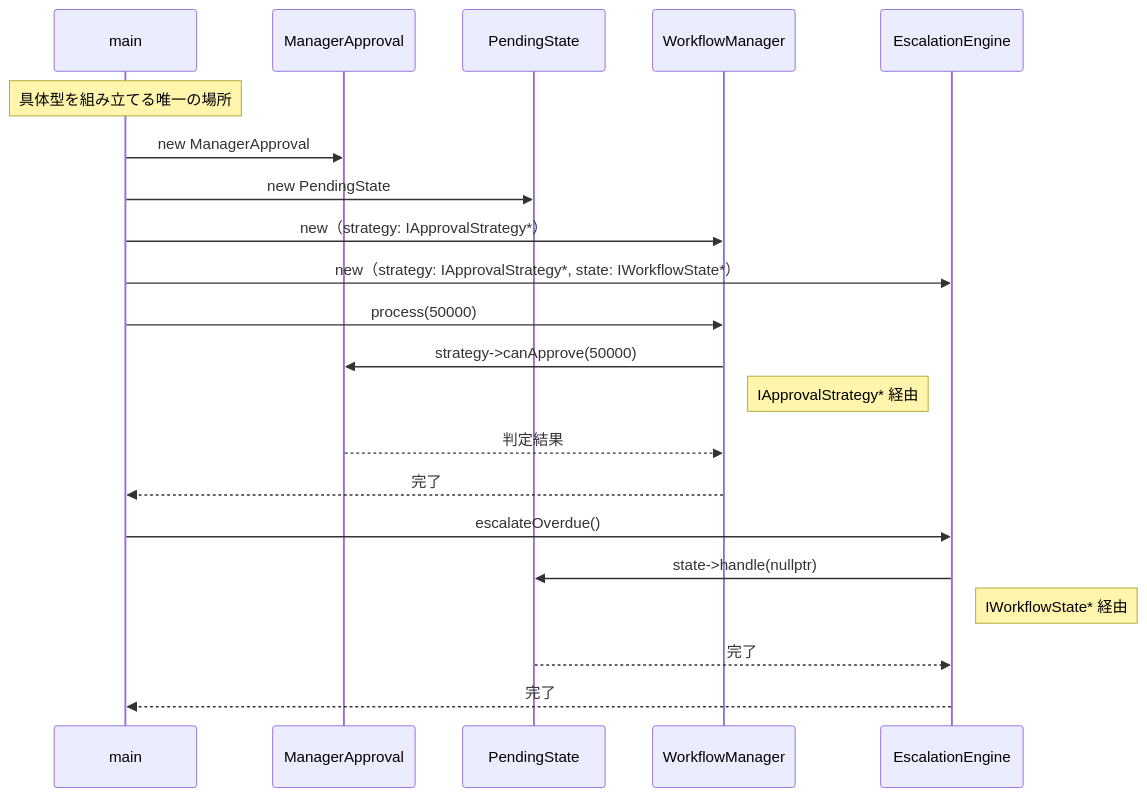
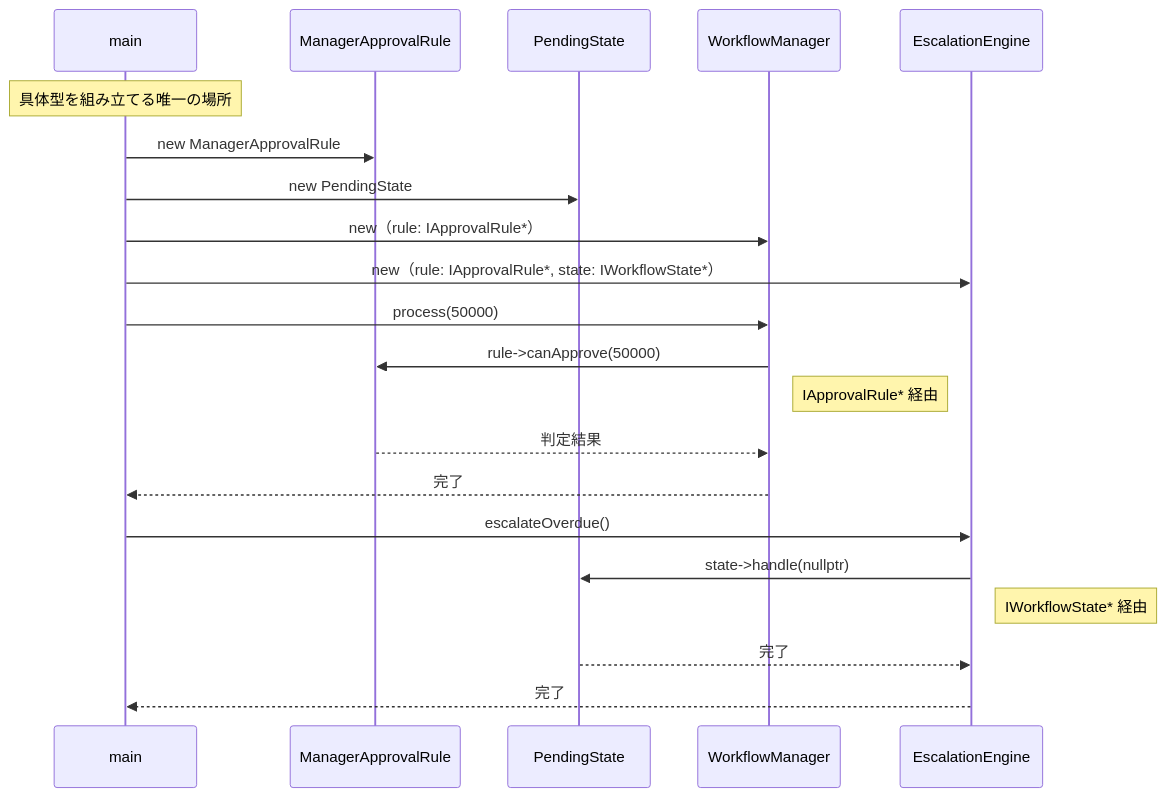
The ninth of 14 diagrams in kindle/design-patterns/output/chapter12.md (kumachan1101-pixel/DesignPattern), drawn with Mermaid before and after one commit. The commit also changed other lines of this file and 2 other files, not shown here.

````diff
--- a/kindle/design-patterns/output/chapter12.md
+++ b/kindle/design-patterns/output/chapter12.md
@@ -691,23 +854,23 @@
 ```mermaid
 sequenceDiagram
     participant main
-    participant MA as ManagerApproval
+    participant MAR as ManagerApprovalRule
     participant PS as PendingState
     participant WM as WorkflowManager
     participant EE as EscalationEngine
     Note over main: 具体型を組み立てる唯一の場所
-    main->>MA: new ManagerApproval
+    main->>MAR: new ManagerApprovalRule
     main->>PS: new PendingState
-    main->>WM: new（strategy: IApprovalStrategy*）
-    main->>EE: new（strategy: IApprovalStrategy*, state: IWorkflowState*）
+    main->>WM: new（rule: IApprovalRule*）
+    main->>EE: new（rule: IApprovalRule*, state: IWorkflowState*）
     main->>WM: process(50000)
-    WM->>MA: strategy->canApprove(50000)
-    Note right of WM: IApprovalStrategy* 経由
-    MA-->>WM: 判定結果
+    WM->>MAR: rule->canApprove(50000)
+    Note right of WM: IApprovalRule* 経由
+    MAR-->>WM: 判定結果
     WM-->>main: 完了
     main->>EE: escalateOverdue()
     EE->>PS: state->handle(nullptr)
     Note right of EE: IWorkflowState* 経由
     PS-->>EE: 完了
     EE-->>main: 完了
 ```
````
